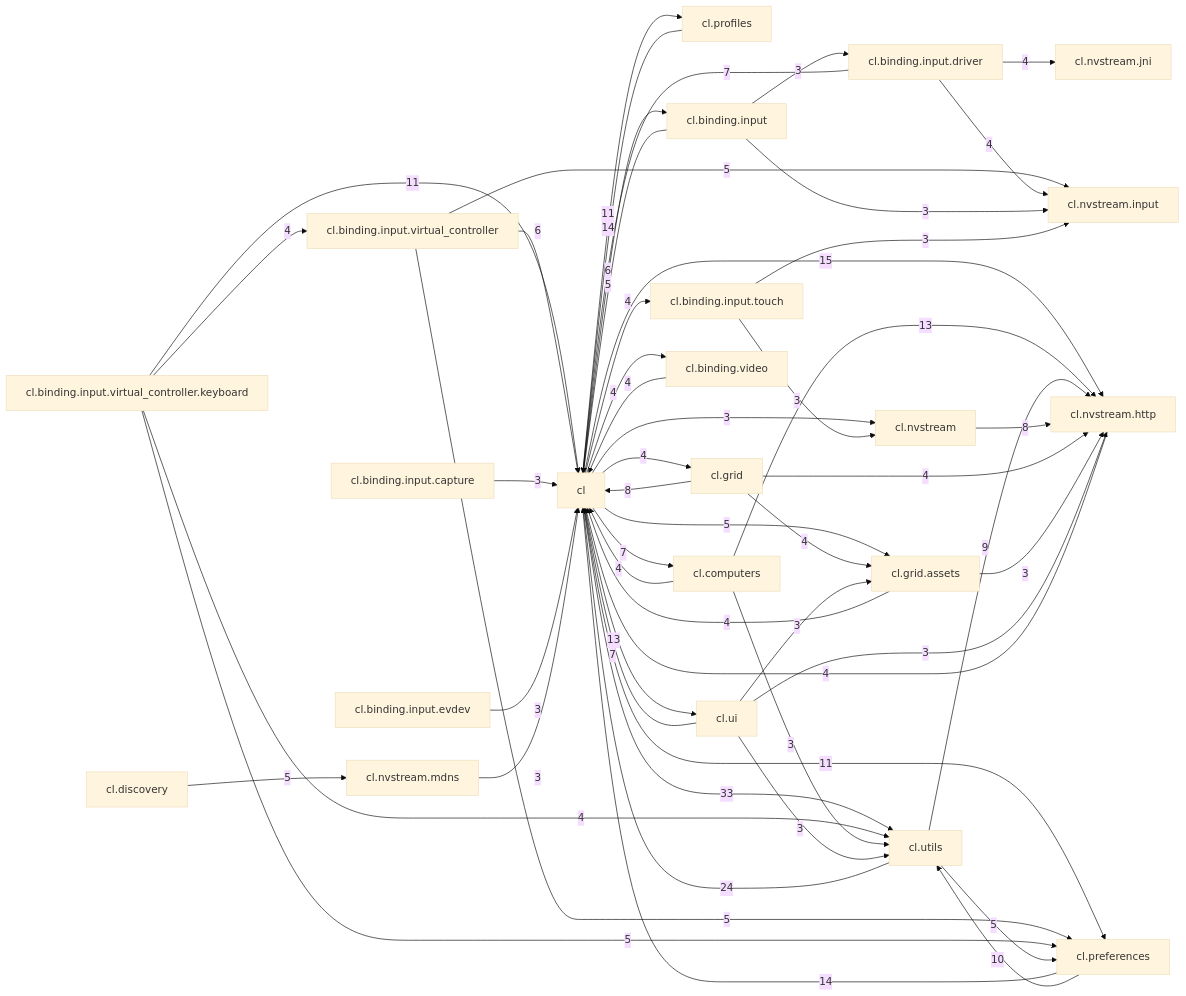
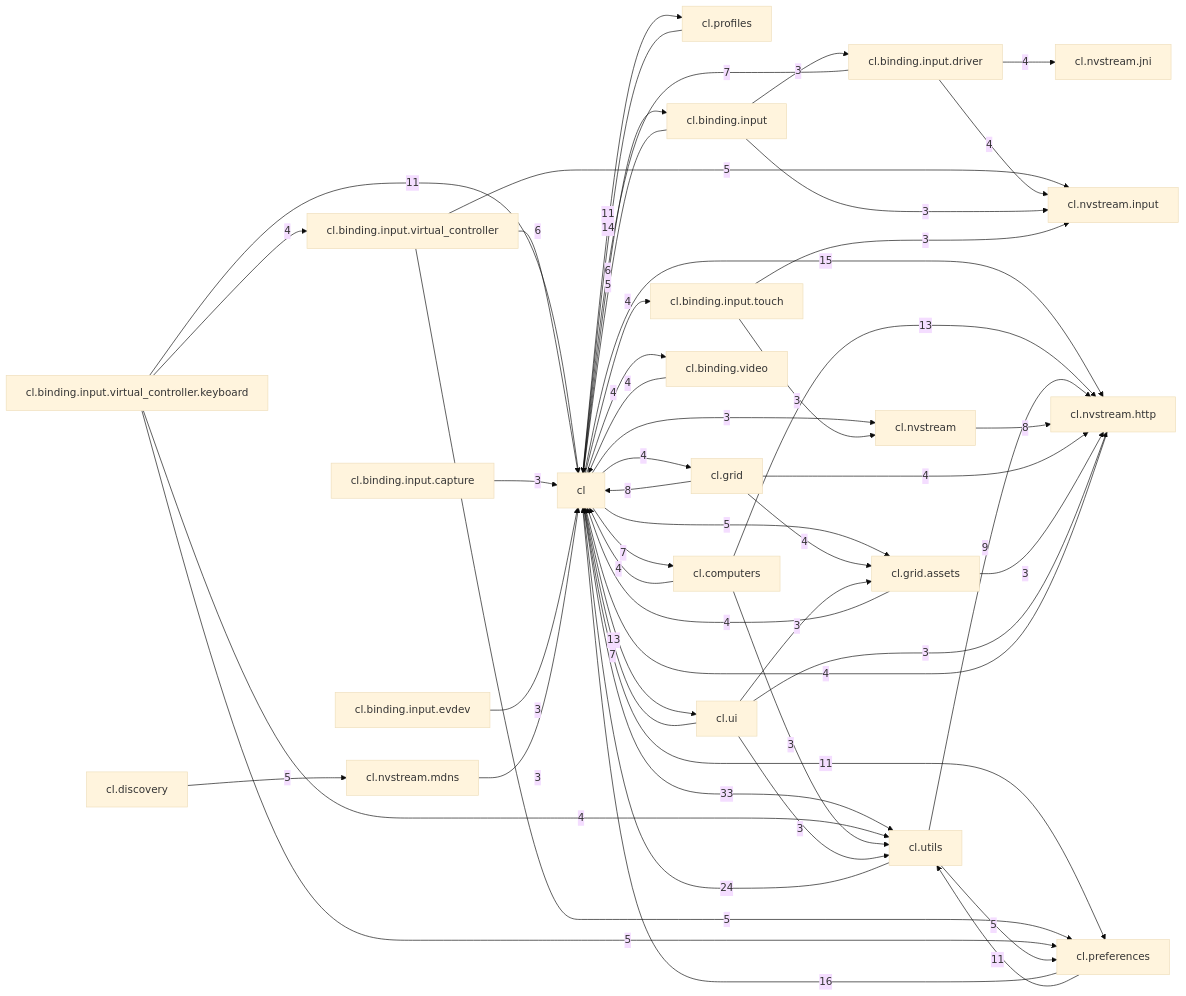
Before and after one commit to Rafael-CN/vibe-artemis: the diagram in docs/maps/DEPENDENCY_GRAPH.md, drawn with Mermaid (base theme). The commit also changed other lines of this file and 4 other files, not shown here.

````diff
--- a/docs/maps/DEPENDENCY_GRAPH.md
+++ b/docs/maps/DEPENDENCY_GRAPH.md
@@ -46,55 +46,55 @@
 ```mermaid
 graph LR
   cl["cl"] -->|33| cl_utils["cl.utils"]
   cl_utils["cl.utils"] -->|24| cl["cl"]
+  cl_preferences["cl.preferences"] -->|16| cl["cl"]
   cl["cl"] -->|15| cl_nvstream_http["cl.nvstream.http"]
-  cl_preferences["cl.preferences"] -->|14| cl["cl"]
   cl_profiles["cl.profiles"] -->|14| cl["cl"]
   cl["cl"] -->|13| cl_ui["cl.ui"]
   cl_computers["cl.computers"] -->|13| cl_nvstream_http["cl.nvstream.http"]
   cl["cl"] -->|11| cl_preferences["cl.preferences"]
   cl["cl"] -->|11| cl_profiles["cl.profiles"]
   cl_binding_input_virtual_controller_keyboard["cl.binding.input.virtual_controller.keyboard"] -->|11| cl["cl"]
-  cl_preferences["cl.preferences"] -->|10| cl_utils["cl.utils"]
+  cl_preferences["cl.preferences"] -->|11| cl_utils["cl.utils"]
   cl_utils["cl.utils"] -->|9| cl_nvstream_http["cl.nvstream.http"]
   cl_grid["cl.grid"] -->|8| cl["cl"]
   cl_nvstream["cl.nvstream"] -->|8| cl_nvstream_http["cl.nvstream.http"]
   cl["cl"] -->|7| cl_computers["cl.computers"]
   cl_binding_input_driver["cl.binding.input.driver"] -->|7| cl["cl"]
   cl_ui["cl.ui"] -->|7| cl["cl"]
   cl["cl"] -->|6| cl_binding_input["cl.binding.input"]
   cl_binding_input_virtual_controller["cl.binding.input.virtual_controller"] -->|6| cl["cl"]
   cl["cl"] -->|5| cl_grid_assets["cl.grid.assets"]
   cl_binding_input["cl.binding.input"] -->|5| cl["cl"]
   cl_binding_input_virtual_controller["cl.binding.input.virtual_controller"] -->|5| cl_preferences["cl.preferences"]
   cl_binding_input_virtual_controller["cl.binding.input.virtual_controller"] -->|5| cl_nvstream_input["cl.nvstream.input"]
   cl_binding_input_virtual_controller_keyboard["cl.binding.input.virtual_controller.keyboard"] -->|5| cl_preferences["cl.preferences"]
   cl_discovery["cl.discovery"] -->|5| cl_nvstream_mdns["cl.nvstream.mdns"]
   cl_utils["cl.utils"] -->|5| cl_preferences["cl.preferences"]
   cl["cl"] -->|4| cl_grid["cl.grid"]
   cl["cl"] -->|4| cl_binding_input_touch["cl.binding.input.touch"]
   cl["cl"] -->|4| cl_binding_video["cl.binding.video"]
   cl_binding_input_driver["cl.binding.input.driver"] -->|4| cl_nvstream_jni["cl.nvstream.jni"]
   cl_binding_input_driver["cl.binding.input.driver"] -->|4| cl_nvstream_input["cl.nvstream.input"]
   cl_binding_input_virtual_controller_keyboard["cl.binding.input.virtual_controller.keyboard"] -->|4| cl_binding_input_virtual_controller["cl.binding.input.virtual_controller"]
   cl_binding_input_virtual_controller_keyboard["cl.binding.input.virtual_controller.keyboard"] -->|4| cl_utils["cl.utils"]
   cl_binding_video["cl.binding.video"] -->|4| cl["cl"]
   cl_computers["cl.computers"] -->|4| cl["cl"]
   cl_grid["cl.grid"] -->|4| cl_nvstream_http["cl.nvstream.http"]
   cl_grid["cl.grid"] -->|4| cl_grid_assets["cl.grid.assets"]
   cl_grid_assets["cl.grid.assets"] -->|4| cl["cl"]
   cl_nvstream_http["cl.nvstream.http"] -->|4| cl["cl"]
   cl["cl"] -->|3| cl_nvstream["cl.nvstream"]
   cl_binding_input["cl.binding.input"] -->|3| cl_binding_input_driver["cl.binding.input.driver"]
   cl_binding_input["cl.binding.input"] -->|3| cl_nvstream_input["cl.nvstream.input"]
   cl_binding_input_capture["cl.binding.input.capture"] -->|3| cl["cl"]
   cl_binding_input_evdev["cl.binding.input.evdev"] -->|3| cl["cl"]
   cl_binding_input_touch["cl.binding.input.touch"] -->|3| cl_nvstream["cl.nvstream"]
   cl_binding_input_touch["cl.binding.input.touch"] -->|3| cl_nvstream_input["cl.nvstream.input"]
   cl_computers["cl.computers"] -->|3| cl_utils["cl.utils"]
   cl_grid_assets["cl.grid.assets"] -->|3| cl_nvstream_http["cl.nvstream.http"]
   cl_nvstream_mdns["cl.nvstream.mdns"] -->|3| cl["cl"]
   cl_ui["cl.ui"] -->|3| cl_utils["cl.utils"]
   cl_ui["cl.ui"] -->|3| cl_grid_assets["cl.grid.assets"]
   cl_ui["cl.ui"] -->|3| cl_nvstream_http["cl.nvstream.http"]
 ```
````
